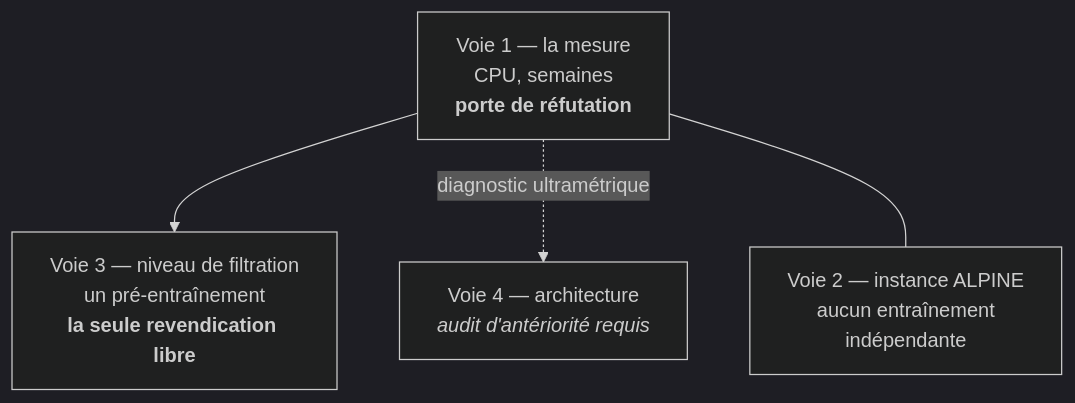
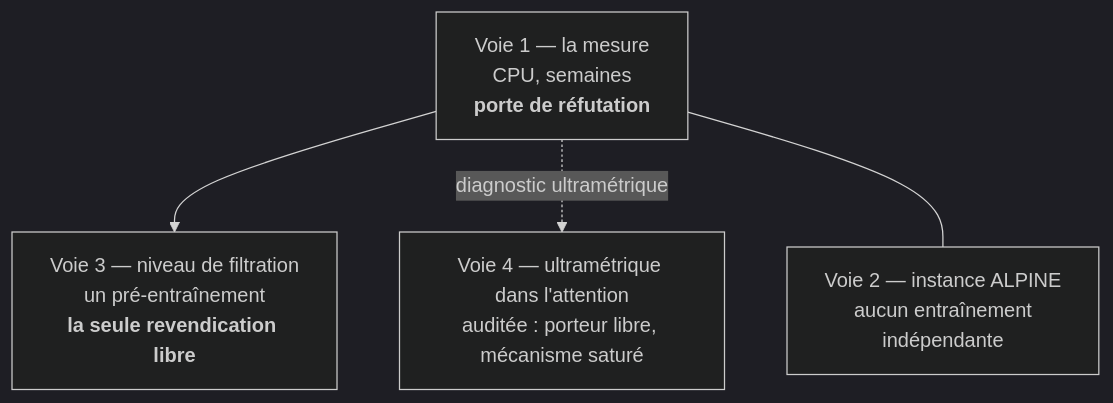
One commit to Ludwig-H/E-HGP changed the diagram in tests/SemanticKITTI/Zoltan/HierarchicalSelfAttention/VOIES.md. Above: the diagram before and after it, drawn with Mermaid (dark theme). The commit also changed other lines of this file and 4 other files, not shown here.

````diff
--- a/tests/SemanticKITTI/Zoltan/HierarchicalSelfAttention/VOIES.md
+++ b/tests/SemanticKITTI/Zoltan/HierarchicalSelfAttention/VOIES.md
@@ -247,10 +288,10 @@
 ```mermaid
 graph TD
   V1["Voie 1 — la mesure<br/>CPU, semaines<br/><b>porte de réfutation</b>"]
   V2["Voie 2 — instance ALPINE<br/>aucun entraînement<br/>indépendante"]
   V3["Voie 3 — niveau de filtration<br/>un pré-entraînement<br/><b>la seule revendication libre</b>"]
-  V4["Voie 4 — architecture<br/><i>audit d'antériorité requis</i>"]
+  V4["Voie 4 — ultramétrique dans l'attention<br/>auditée : porteur libre, mécanisme saturé"]
   V1 --> V3
   V1 -.diagnostic ultramétrique.-> V4
   V1 --- V2
 ```
````
